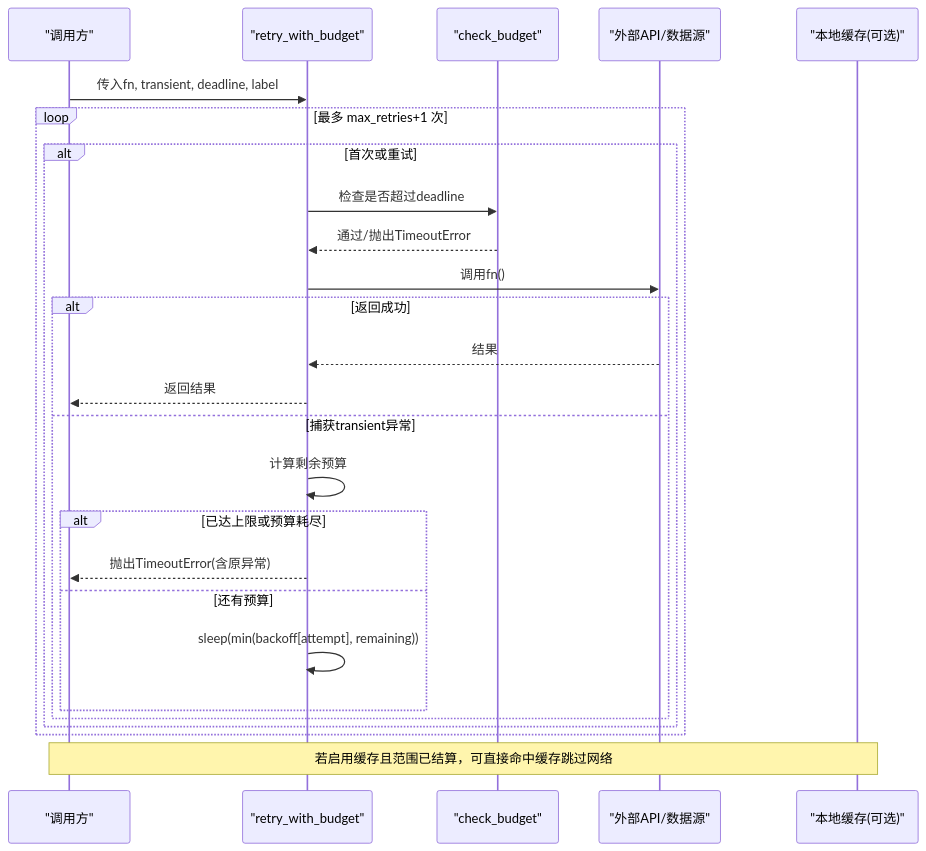
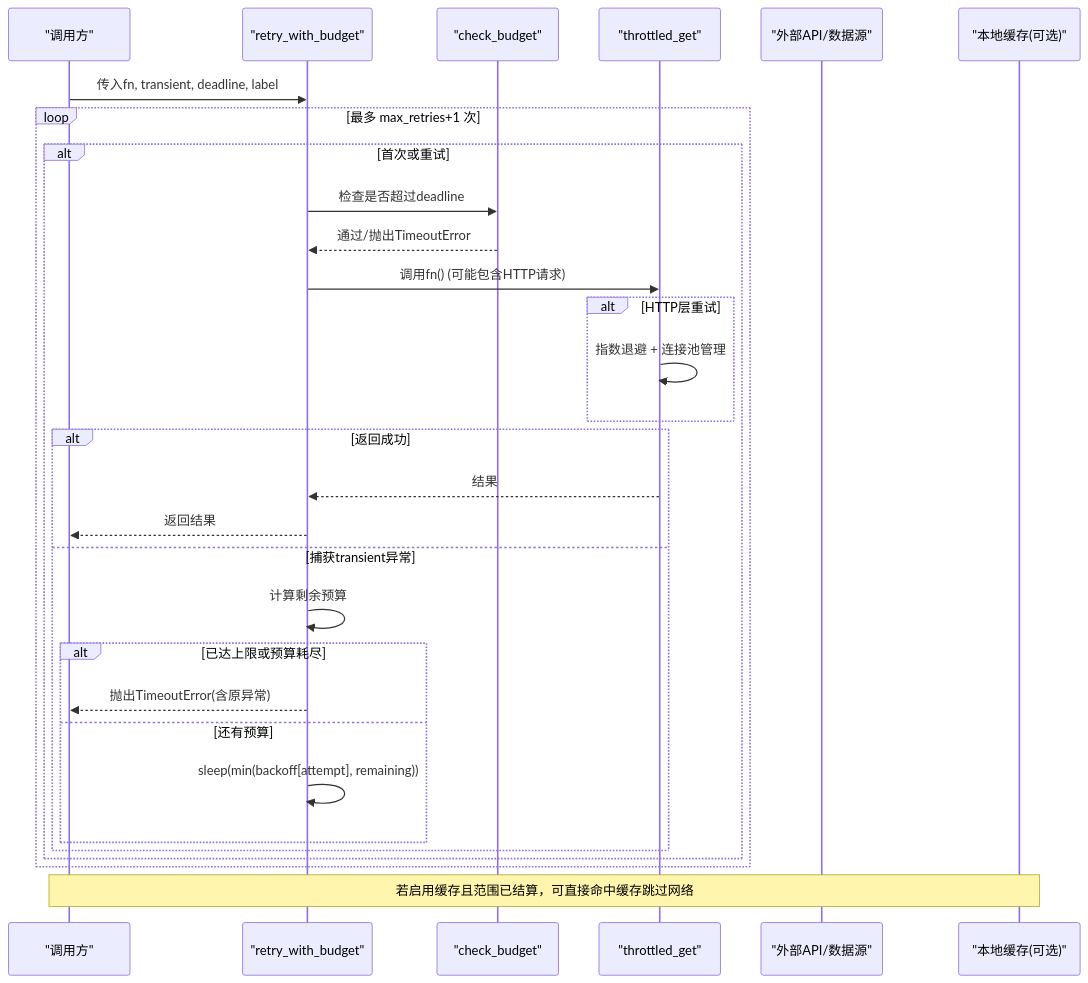
The second of 6 diagrams in .qoder/repowiki/zh/content/数据管理层/数据处理管道/重试与容错机制.md (20012002er/Vibe-Trading), drawn with Mermaid before and after one commit. The commit also changed other lines of this file and 96 other files, not shown here.

````diff
--- a/.qoder/repowiki/zh/content/数据管理层/数据处理管道/重试与容错机制.md
+++ b/.qoder/repowiki/zh/content/数据管理层/数据处理管道/重试与容错机制.md
@@ -77,28 +94,32 @@
 ```mermaid
 sequenceDiagram
 participant Caller as "调用方"
 participant Retry as "retry_with_budget"
 participant Budget as "check_budget"
+participant HTTP as "throttled_get"
 participant API as "外部API/数据源"
 participant Cache as "本地缓存(可选)"
 Caller->>Retry : 传入fn, transient, deadline, label
 loop 最多 max_retries+1 次
 alt 首次或重试
 Retry->>Budget : 检查是否超过deadline
 Budget-->>Retry : 通过/抛出TimeoutError
-Retry->>API : 调用fn()
+Retry->>HTTP : 调用fn() (可能包含HTTP请求)
+alt HTTP层重试
+HTTP->>HTTP : 指数退避 + 连接池管理
+end
 alt 返回成功
-API-->>Retry : 结果
+HTTP-->>Retry : 结果
 Retry-->>Caller : 返回结果
 else 捕获transient异常
 Retry->>Retry : 计算剩余预算
 alt 已达上限或预算耗尽
 Retry-->>Caller : 抛出TimeoutError(含原异常)
 else 还有预算
 Retry->>Retry : sleep(min(backoff[attempt], remaining))
 end
 end
 end
 end
 Note over Caller,Cache : 若启用缓存且范围已结算，可直接命中缓存跳过网络
 ```
````
